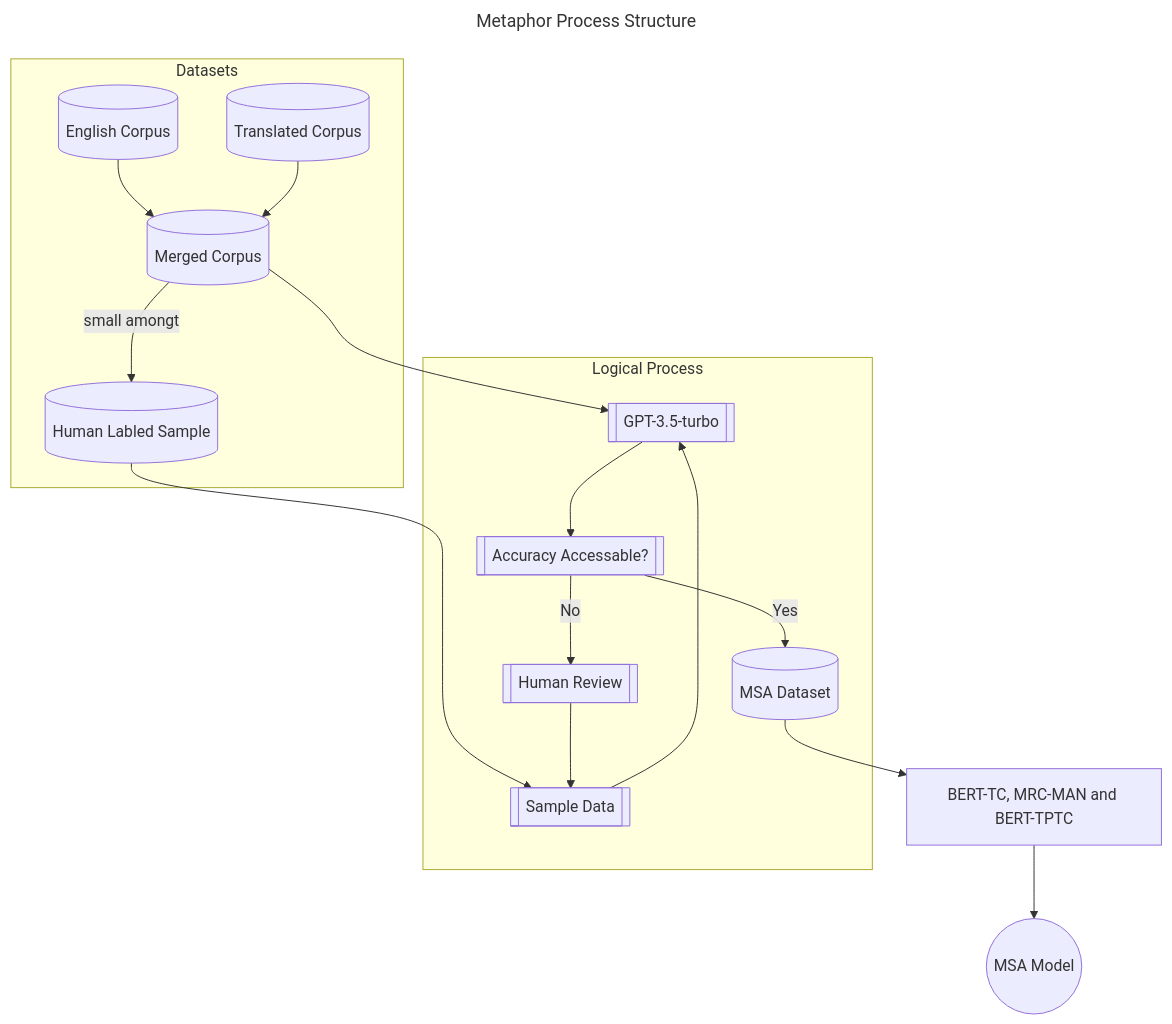
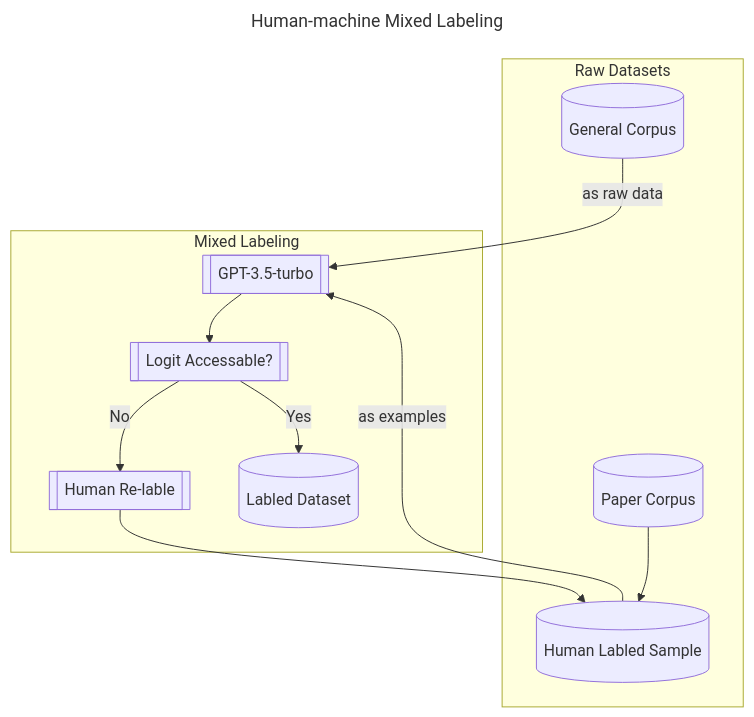
One commit to XiaoSong-CPE/XiaoSong-CPE.github.io changed the diagram in docs/english/Trump's_Inaugural_Address_Analysis.md. Above: the diagram before and after it, drawn with Mermaid. The commit also changed other lines of this file, not shown here.

````diff
--- a/docs/english/Trump's_Inaugural_Address_Analysis.md
+++ b/docs/english/Trump's_Inaugural_Address_Analysis.md
@@ -57,27 +67,23 @@
 ```mermaid
 ---
-title: Metaphor Process Structure
+title: Human-machine Mixed Labeling
 ---
 flowchart TB
-    ds1[(English Corpus)]
-    ds2[(Translated Corpus)]
-    ds3[(Merged Corpus)]
+    gpt --> if
+    if --> |No| review --> dss
+    if --> |Yes| ds4
+    ds1 --> dss
+    ds2 --> |as raw data| gpt
+    dss --> |as examples| gpt
+    subgraph Raw Datasets
+    ds1[(Paper Corpus)]
+    ds2[(General Corpus)]
     dss[(Human Labled Sample)]
+    end
+    subgraph Mixed Labeling
     gpt[[GPT-3.5-turbo]]
-    if[[Accuracy Accessable?]]
-    review[[Human Review]]
-    sample[[Sample Data]]
-    ds4[(MSA Dataset)]
-    dss --> sample
-    ds3-->gpt
-    ds4--> model[BERT-TC, MRC-MAN and BERT-TPTC] --> res((MSA Model))
-    subgraph Datasets
-    ds1 & ds2 --> ds3 -->|small amongt| dss
-    end
-    subgraph Logical Process
-    sample --> gpt
-    gpt --> if
-    if --> |No| review --> sample
-    if --> |Yes| ds4
+    if[[Logit Accessable?]]
+    review[[Human Re-lable]]
+    ds4[(Labled Dataset)]
     end
 ```
````
